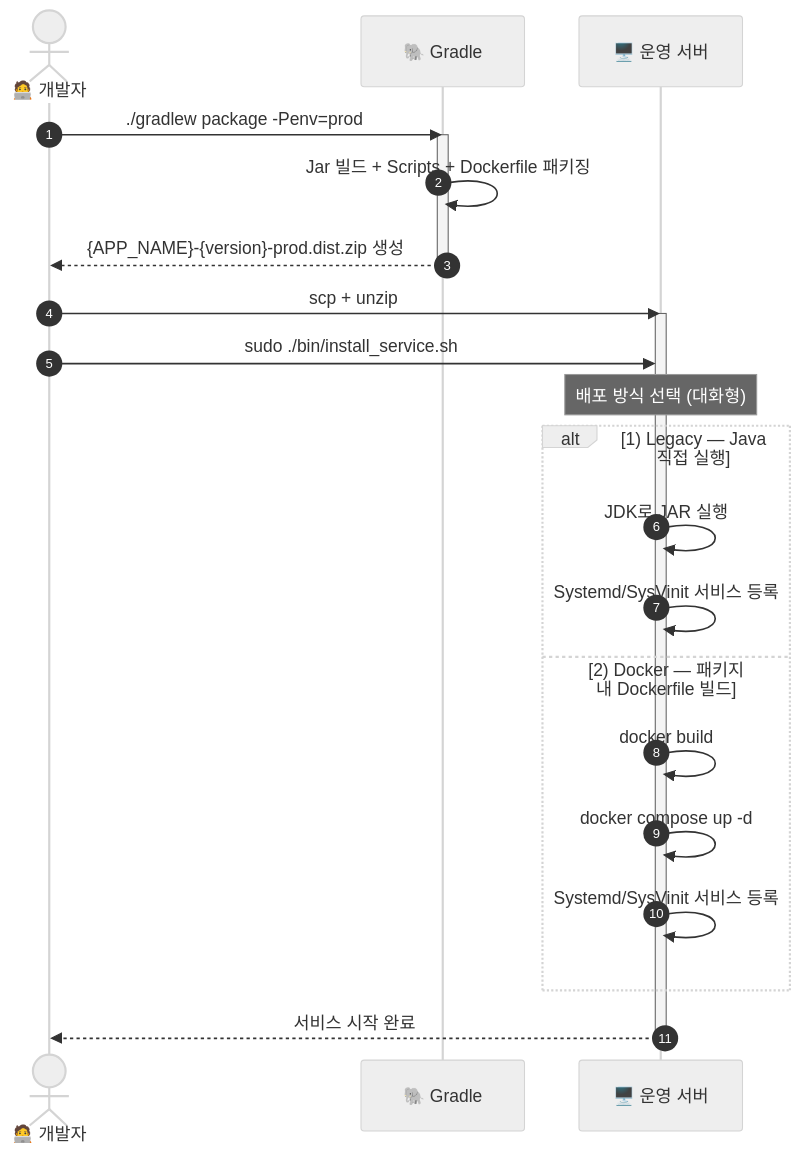
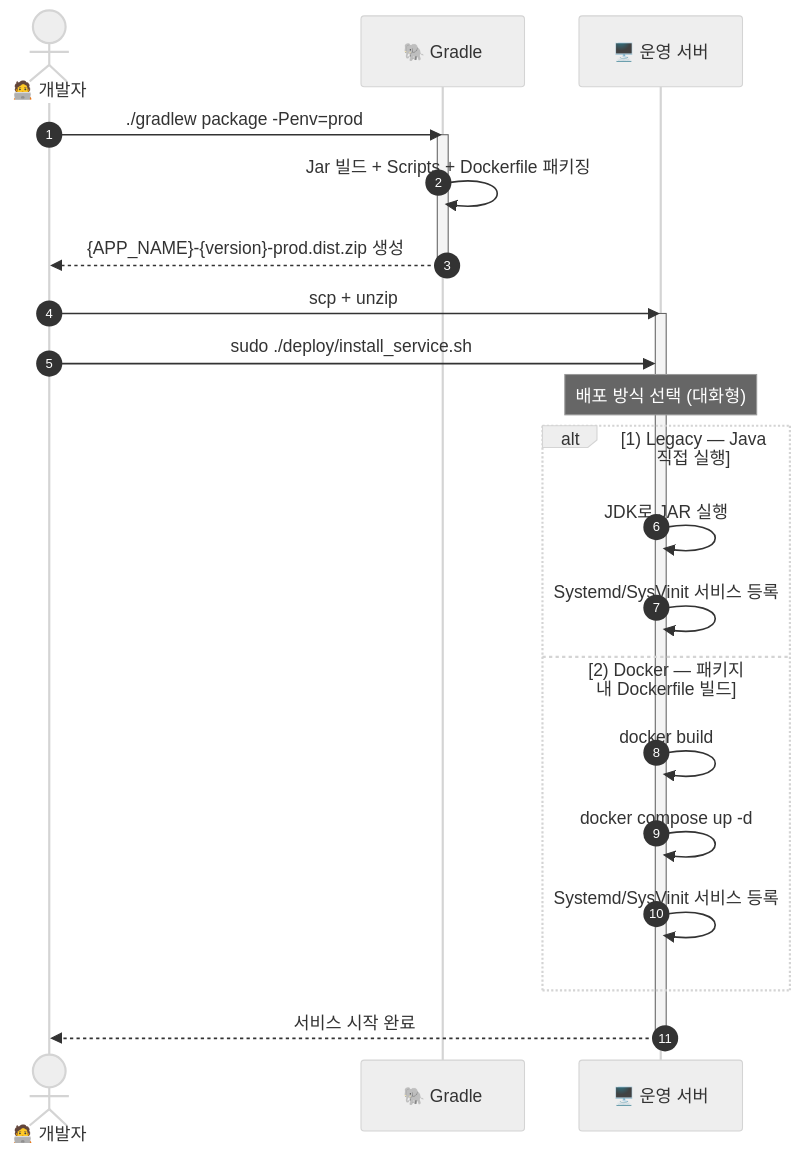
The second of 5 diagrams in README.md (MJ-Youn/build-template), drawn with Mermaid (neutral theme) before and after one commit. The commit also changed other lines of this file and 16 other files, not shown here.

````diff
--- a/README.md
+++ b/README.md
@@ -406,31 +431,31 @@
 ```mermaid
 sequenceDiagram
     autonumber
     actor Dev as 🧑‍💻 개발자
     participant Gradle as 🐘 Gradle
     participant Server as 🖥️ 운영 서버
 
     Dev->>Gradle: ./gradlew package -Penv=prod
     activate Gradle
     Gradle->>Gradle: Jar 빌드 + Scripts + Dockerfile 패키징
     Gradle-->>Dev: {APP_NAME}-{version}-prod.dist.zip 생성
     deactivate Gradle
 
     Dev->>Server: scp + unzip
     activate Server
-    Dev->>Server: sudo ./bin/install_service.sh
+    Dev->>Server: sudo ./deploy/install_service.sh
 
     Note over Server: 배포 방식 선택 (대화형)
 
     alt 1) Legacy — Java 직접 실행
         Server->>Server: JDK로 JAR 실행
         Server->>Server: Systemd/SysVinit 서비스 등록
     else 2) Docker — 패키지 내 Dockerfile 빌드
         Server->>Server: docker build
         Server->>Server: docker compose up -d
         Server->>Server: Systemd/SysVinit 서비스 등록
     end
 
     Server-->>Dev: 서비스 시작 완료
     deactivate Server
 ```
````
